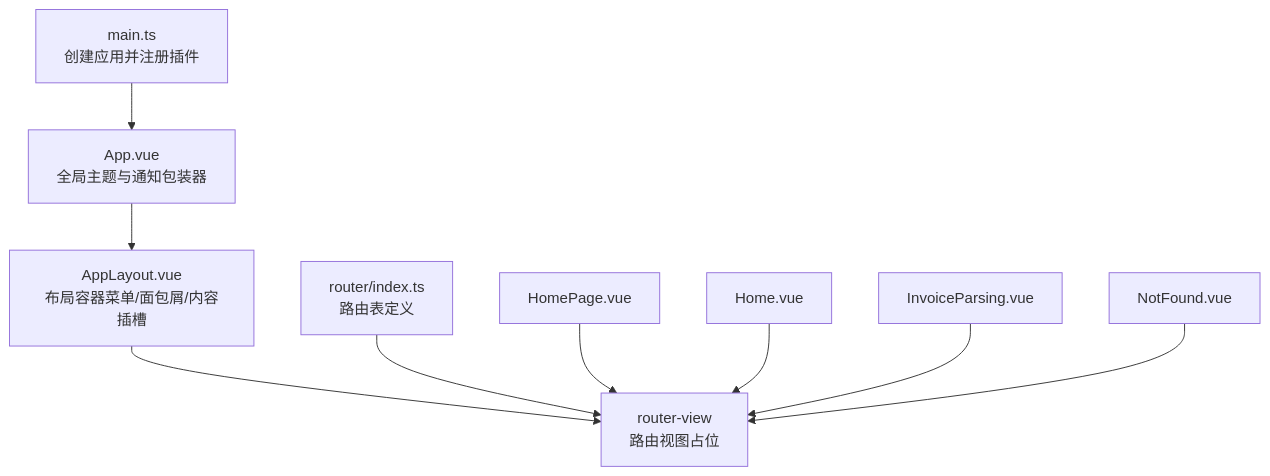
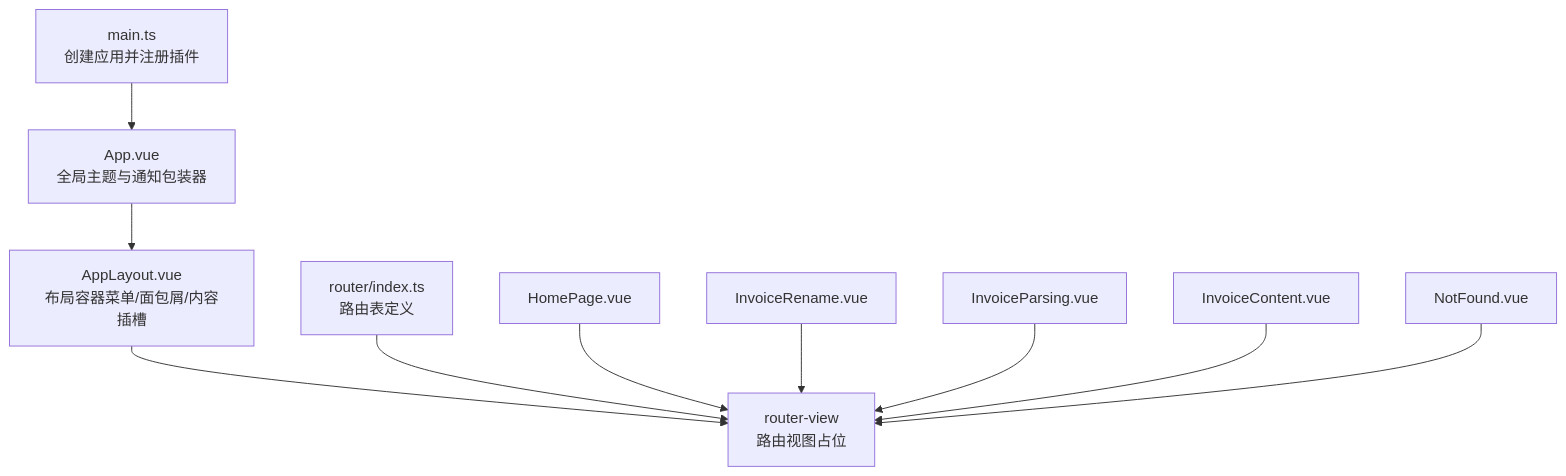
One commit to dunhuixiao/FinanceTools changed the first of 7 diagrams in .qoder/repowiki/zh/content/路由与导航.md. Above: the diagram before and after it, drawn with Mermaid. The commit also changed other lines of this file and 20 other files, not shown here.

````diff
--- a/.qoder/repowiki/zh/content/路由与导航.md
+++ b/.qoder/repowiki/zh/content/路由与导航.md
@@ -38,11 +40,12 @@
 ```mermaid
 graph TB
 A["main.ts<br/>创建应用并注册插件"] --> B["App.vue<br/>全局主题与通知包装器"]
 B --> C["AppLayout.vue<br/>布局容器菜单/面包屑/内容插槽"]
 C --> D["router-view<br/>路由视图占位"]
 E["router/index.ts<br/>路由表定义"] --> D
 F["HomePage.vue"] --> D
-G["Home.vue"] --> D
+G["InvoiceRename.vue"] --> D
 H["InvoiceParsing.vue"] --> D
-I["NotFound.vue"] --> D
+I["InvoiceContent.vue"] --> D
+J["NotFound.vue"] --> D
 ```
````
